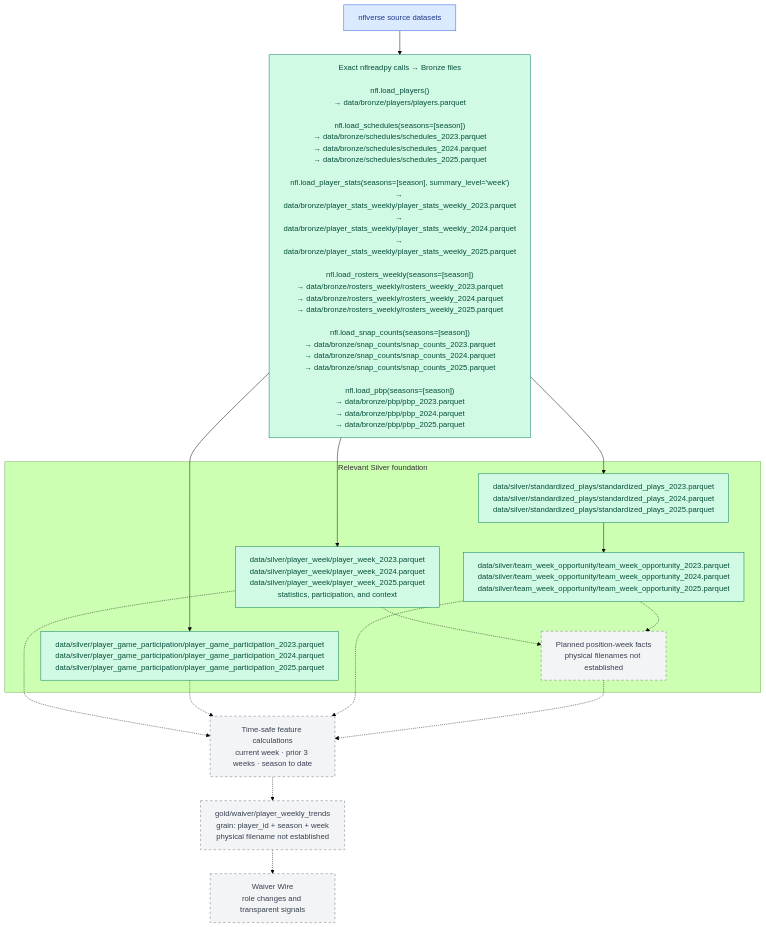
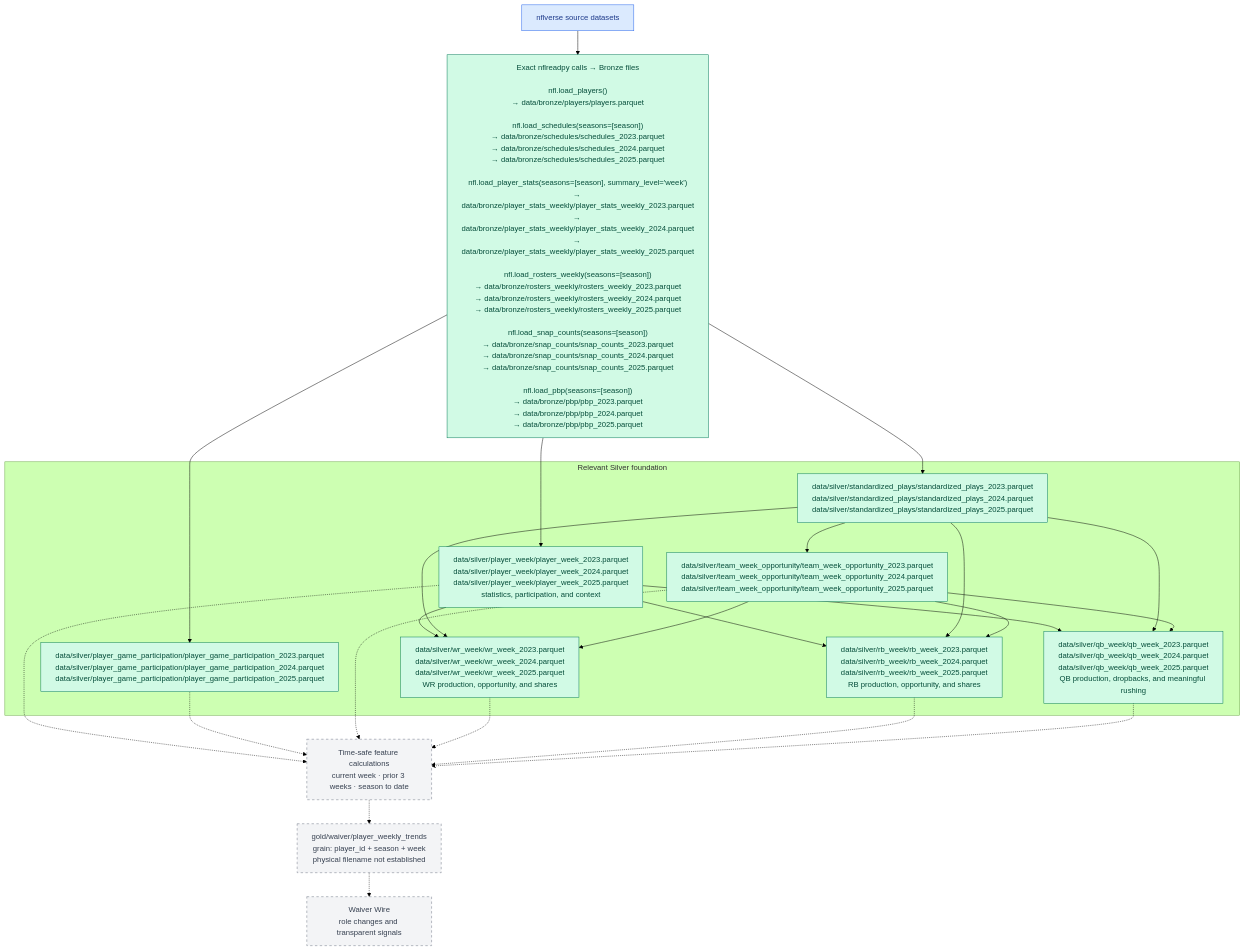
One commit to ddarby15/nfl-dream-lab-app changed the third of 4 diagrams in docs/data-lineage-by-gold-product.md. Above: the diagram before and after it, drawn with Mermaid (forest theme). The commit also changed other lines of this file and 5 other files, not shown here.

````diff
--- a/docs/data-lineage-by-gold-product.md
+++ b/docs/data-lineage-by-gold-product.md
@@ -109,37 +121,48 @@
 ```mermaid
 flowchart TB
     SOURCE["nflverse source datasets"]
     B_FILES["Exact nflreadpy calls → Bronze files<br/><br/>nfl.load_players()<br/>→ data/bronze/players/players.parquet<br/><br/>nfl.load_schedules(seasons=[season])<br/>→ data/bronze/schedules/schedules_2023.parquet<br/>→ data/bronze/schedules/schedules_2024.parquet<br/>→ data/bronze/schedules/schedules_2025.parquet<br/><br/>nfl.load_player_stats(seasons=[season], summary_level='week')<br/>→ data/bronze/player_stats_weekly/player_stats_weekly_2023.parquet<br/>→ data/bronze/player_stats_weekly/player_stats_weekly_2024.parquet<br/>→ data/bronze/player_stats_weekly/player_stats_weekly_2025.parquet<br/><br/>nfl.load_rosters_weekly(seasons=[season])<br/>→ data/bronze/rosters_weekly/rosters_weekly_2023.parquet<br/>→ data/bronze/rosters_weekly/rosters_weekly_2024.parquet<br/>→ data/bronze/rosters_weekly/rosters_weekly_2025.parquet<br/><br/>nfl.load_snap_counts(seasons=[season])<br/>→ data/bronze/snap_counts/snap_counts_2023.parquet<br/>→ data/bronze/snap_counts/snap_counts_2024.parquet<br/>→ data/bronze/snap_counts/snap_counts_2025.parquet<br/><br/>nfl.load_pbp(seasons=[season])<br/>→ data/bronze/pbp/pbp_2023.parquet<br/>→ data/bronze/pbp/pbp_2024.parquet<br/>→ data/bronze/pbp/pbp_2025.parquet"]
 
     subgraph Silver["Relevant Silver foundation"]
         S_WEEK["data/silver/player_week/player_week_2023.parquet<br/>data/silver/player_week/player_week_2024.parquet<br/>data/silver/player_week/player_week_2025.parquet<br/>statistics, participation, and context"]
         S_GAME["data/silver/player_game_participation/player_game_participation_2023.parquet<br/>data/silver/player_game_participation/player_game_participation_2024.parquet<br/>data/silver/player_game_participation/player_game_participation_2025.parquet"]
         S_PLAYS["data/silver/standardized_plays/standardized_plays_2023.parquet<br/>data/silver/standardized_plays/standardized_plays_2024.parquet<br/>data/silver/standardized_plays/standardized_plays_2025.parquet"]
         S_TEAM["data/silver/team_week_opportunity/team_week_opportunity_2023.parquet<br/>data/silver/team_week_opportunity/team_week_opportunity_2024.parquet<br/>data/silver/team_week_opportunity/team_week_opportunity_2025.parquet"]
-        S_POSITION["Planned position-week facts<br/>physical filenames not established"]
+        S_WR["data/silver/wr_week/wr_week_2023.parquet<br/>data/silver/wr_week/wr_week_2024.parquet<br/>data/silver/wr_week/wr_week_2025.parquet<br/>WR production, opportunity, and shares"]
+        S_RB["data/silver/rb_week/rb_week_2023.parquet<br/>data/silver/rb_week/rb_week_2024.parquet<br/>data/silver/rb_week/rb_week_2025.parquet<br/>RB production, opportunity, and shares"]
+        S_QB["data/silver/qb_week/qb_week_2023.parquet<br/>data/silver/qb_week/qb_week_2024.parquet<br/>data/silver/qb_week/qb_week_2025.parquet<br/>QB production, dropbacks, and meaningful rushing"]
     end
 
     TRENDS["Time-safe feature calculations<br/>current week · prior 3 weeks · season to date"]
     G_WAIVER["gold/waiver/player_weekly_trends<br/>grain: player_id + season + week<br/>physical filename not established"]
     WAIVER["Waiver Wire<br/>role changes and transparent signals"]
 
     SOURCE --> B_FILES
     B_FILES --> S_WEEK
     B_FILES --> S_GAME
     B_FILES --> S_PLAYS --> S_TEAM
-    S_WEEK -.-> S_POSITION
-    S_TEAM -.-> S_POSITION
+    S_WEEK --> S_WR
+    S_PLAYS --> S_WR
+    S_TEAM --> S_WR
+    S_WEEK --> S_RB
+    S_PLAYS --> S_RB
+    S_TEAM --> S_RB
+    S_WEEK --> S_QB
+    S_PLAYS --> S_QB
+    S_TEAM --> S_QB
     S_WEEK -.-> TRENDS
     S_GAME -.-> TRENDS
     S_TEAM -.-> TRENDS
-    S_POSITION -.-> TRENDS
+    S_WR -.-> TRENDS
+    S_RB -.-> TRENDS
+    S_QB -.-> TRENDS
     TRENDS -.-> G_WAIVER -.-> WAIVER
 
     classDef source fill:#dbeafe,stroke:#2563eb,color:#1e3a8a;
     classDef built fill:#d1fae5,stroke:#047857,color:#064e3b;
     classDef planned fill:#f3f4f6,stroke:#6b7280,color:#374151,stroke-dasharray:5 5;
 
     class SOURCE source;
-    class B_FILES,S_WEEK,S_GAME,S_PLAYS,S_TEAM built;
-    class S_POSITION,TRENDS,G_WAIVER,WAIVER planned;
+    class B_FILES,S_WEEK,S_GAME,S_PLAYS,S_TEAM,S_WR,S_RB,S_QB built;
+    class TRENDS,G_WAIVER,WAIVER planned;
 ```
````
